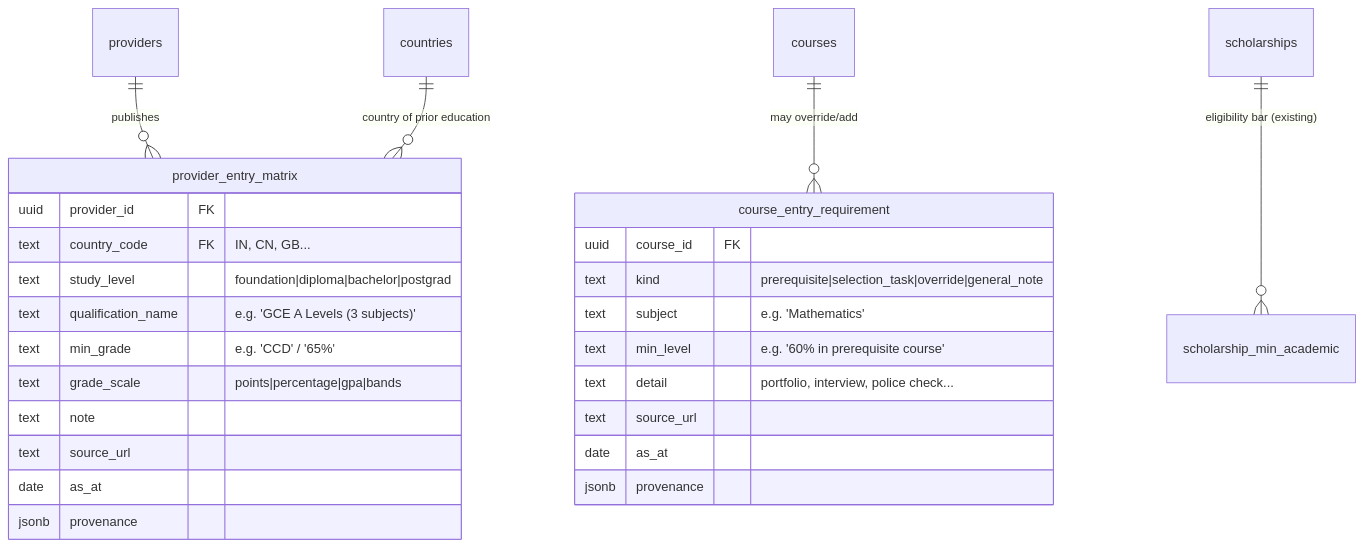
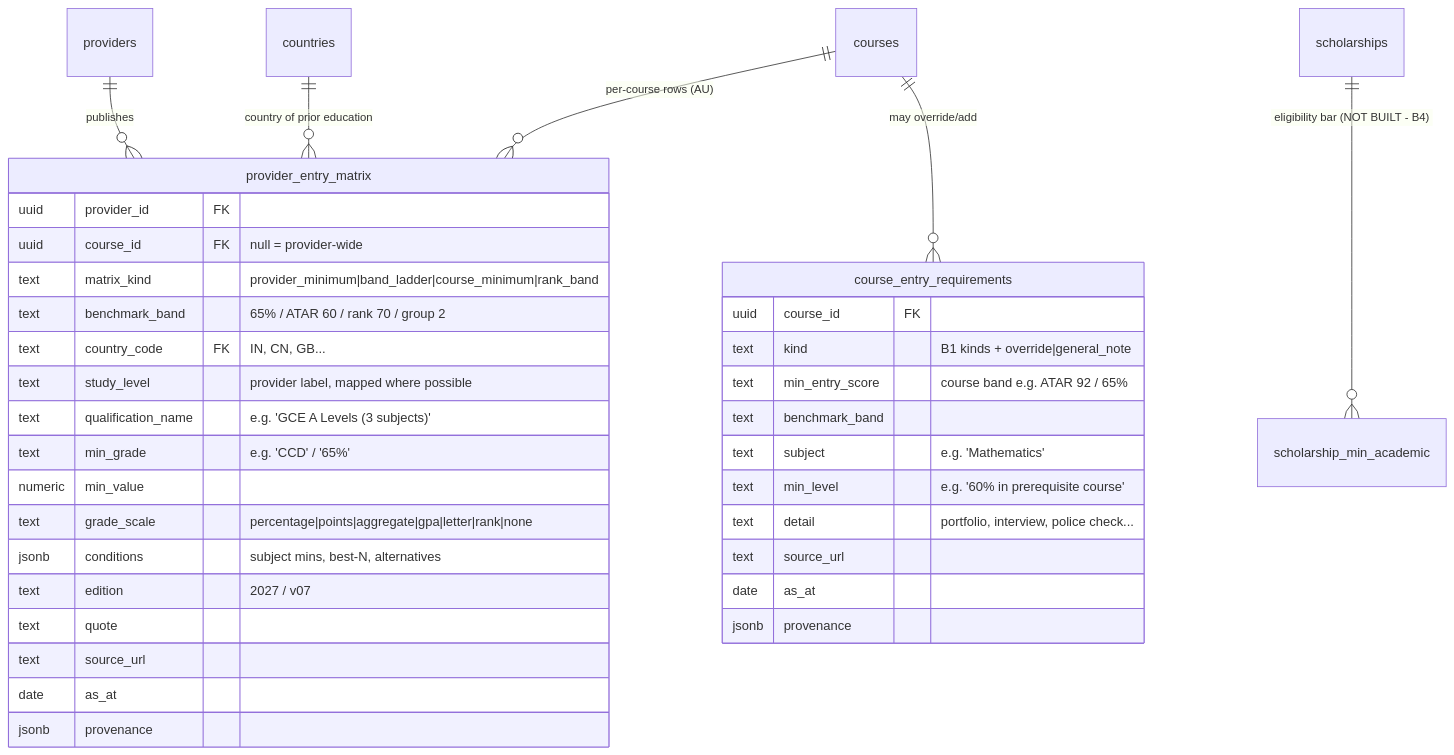
One commit to msinghbs-ai/coursefinder-admin changed the first of 2 diagrams in docs/platform/ENTRY-REQUIREMENTS.md. Above: the diagram before and after it, drawn with Mermaid. The commit also changed other lines of this file and 7 other files, not shown here.

First line of the commit message:
CF-247 entry requirements: Part 1 verified against 40 live providers, design corrected to 1.1 (diagrams), B1 merge noted, build plan

````diff
--- a/docs/platform/ENTRY-REQUIREMENTS.md
+++ b/docs/platform/ENTRY-REQUIREMENTS.md
@@ -51,30 +56,39 @@
 ```mermaid
 erDiagram
     providers ||--o{ provider_entry_matrix : "publishes"
-    courses ||--o{ course_entry_requirement : "may override/add"
+    courses ||--o{ course_entry_requirements : "may override/add"
     countries ||--o{ provider_entry_matrix : "country of prior education"
-    scholarships ||--o{ scholarship_min_academic : "eligibility bar (existing)"
+    courses ||--o{ provider_entry_matrix : "per-course rows (AU)"
+    scholarships ||--o{ scholarship_min_academic : "eligibility bar (NOT BUILT - B4)"
 
     provider_entry_matrix {
         uuid provider_id FK
+        uuid course_id FK "null = provider-wide"
+        text matrix_kind "provider_minimum|band_ladder|course_minimum|rank_band"
+        text benchmark_band "65% / ATAR 60 / rank 70 / group 2"
         text country_code FK "IN, CN, GB..."
-        text study_level "foundation|diploma|bachelor|postgrad"
+        text study_level "provider label, mapped where possible"
         text qualification_name "e.g. 'GCE A Levels (3 subjects)'"
         text min_grade "e.g. 'CCD' / '65%'"
-        text grade_scale "points|percentage|gpa|bands"
-        text note
+        numeric min_value
+        text grade_scale "percentage|points|aggregate|gpa|letter|rank|none"
+        jsonb conditions "subject mins, best-N, alternatives"
+        text edition "2027 / v07"
+        text quote
         text source_url
         date as_at
         jsonb provenance
     }
-    course_entry_requirement {
+    course_entry_requirements {
         uuid course_id FK
-        text kind "prerequisite|selection_task|override|general_note"
+        text kind "B1 kinds + override|general_note"
+        text min_entry_score "course band e.g. ATAR 92 / 65%"
+        text benchmark_band
         text subject "e.g. 'Mathematics'"
         text min_level "e.g. '60% in prerequisite course'"
         text detail "portfolio, interview, police check..."
         text source_url
         date as_at
         jsonb provenance
     }
 ```
````
